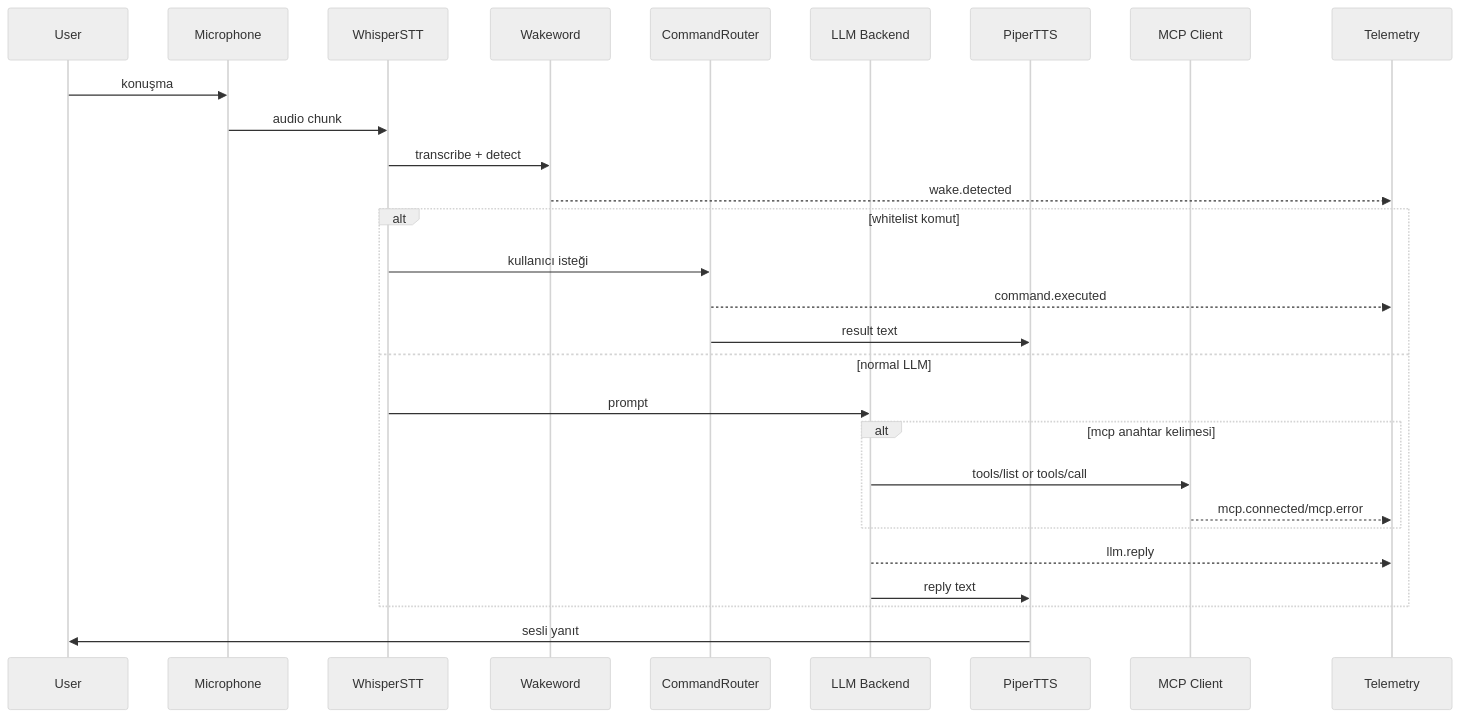
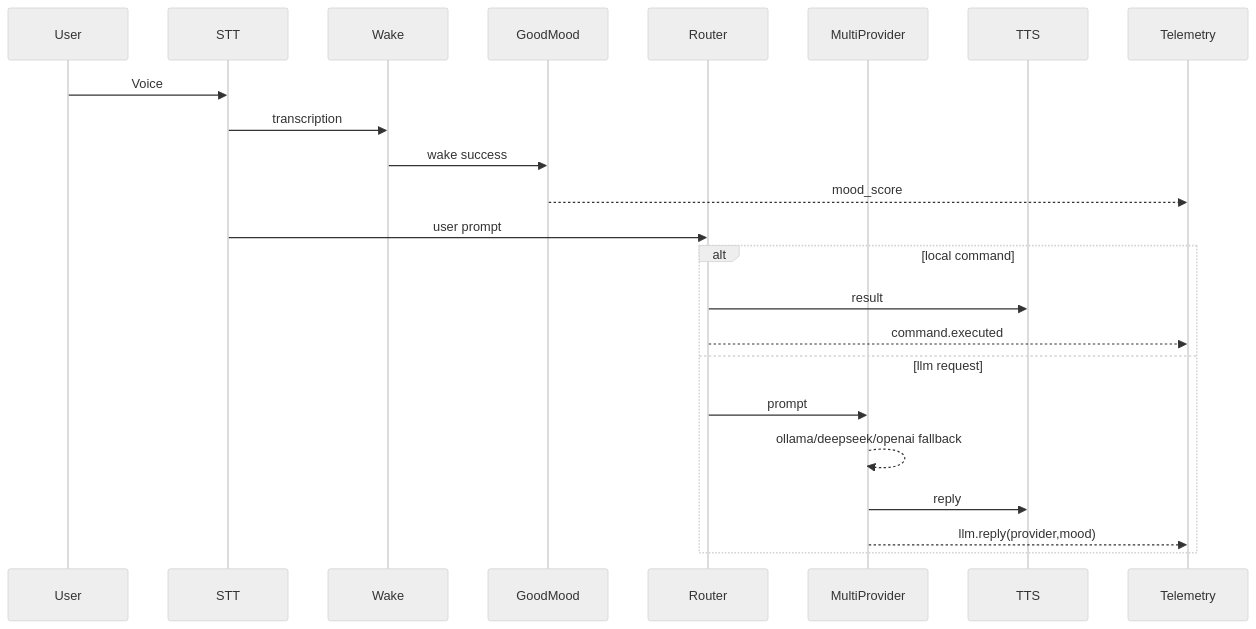
Before and after one commit to redcs-cyber/.github: the diagram in jarvis/ARCHITECTURE.md, drawn with Mermaid (neutral theme). The commit also changed other lines of this file and 10 other files, not shown here.

Commit message:
Add Ironman mood engine and multi-provider DeepSeek/Ollama/OpenAI routing

````diff
--- a/jarvis/ARCHITECTURE.md
+++ b/jarvis/ARCHITECTURE.md
@@ -16,33 +12,27 @@
 ```mermaid
 sequenceDiagram
   participant U as User
-  participant Mic as Microphone
-  participant STT as WhisperSTT
-  participant W as Wakeword
-  participant R as CommandRouter
-  participant B as LLM Backend
-  participant T as PiperTTS
-  participant M as MCP Client
+  participant S as STT
+  participant W as Wake
+  participant G as GoodMood
+  participant R as Router
+  participant B as MultiProvider
+  participant T as TTS
   participant O as Telemetry
 
-  U->>Mic: konuşma
-  Mic->>STT: audio chunk
-  STT->>W: transcribe + detect
-  W-->>O: wake.detected
+  U->>S: Voice
+  S->>W: transcription
+  W->>G: wake success
+  G-->>O: mood_score
+  S->>R: user prompt
 
-  alt whitelist komut
-    STT->>R: kullanıcı isteği
+  alt local command
+    R->>T: result
     R-->>O: command.executed
-    R->>T: result text
-  else normal LLM
-    STT->>B: prompt
-    alt mcp anahtar kelimesi
-      B->>M: tools/list or tools/call
-      M-->>O: mcp.connected/mcp.error
-    end
-    B-->>O: llm.reply
-    B->>T: reply text
+  else llm request
+    R->>B: prompt
+    B-->>B: ollama/deepseek/openai fallback
+    B->>T: reply
+    B-->>O: llm.reply(provider,mood)
   end
-
-  T->>U: sesli yanıt
 ```
````
